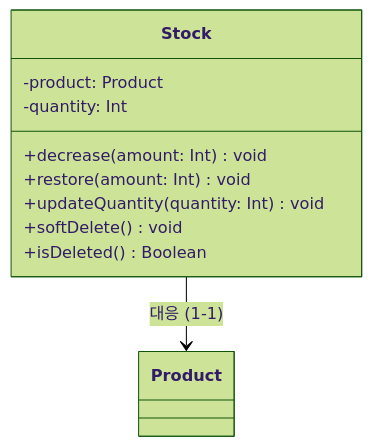
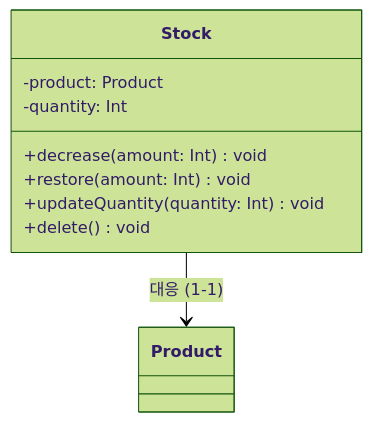
The fourth of 10 diagrams in docs/03-class-diagram.md (loopers-labs/loop-pack-be-l2-vol4-kotlin), drawn with Mermaid (forest theme) before and after one commit. The commit also changed other lines of this file and 3 other files, not shown here.

````diff
--- a/docs/03-class-diagram.md
+++ b/docs/03-class-diagram.md
@@ -80,14 +79,13 @@
 ```mermaid
 classDiagram
     class Stock {
         -product: Product
         -quantity: Int
         +decrease(amount: Int) void
         +restore(amount: Int) void
         +updateQuantity(quantity: Int) void
-        +softDelete() void
-        +isDeleted() Boolean
+        +delete() void
     }
 
     Stock --> Product : 대응 (1-1)
 ```
````
